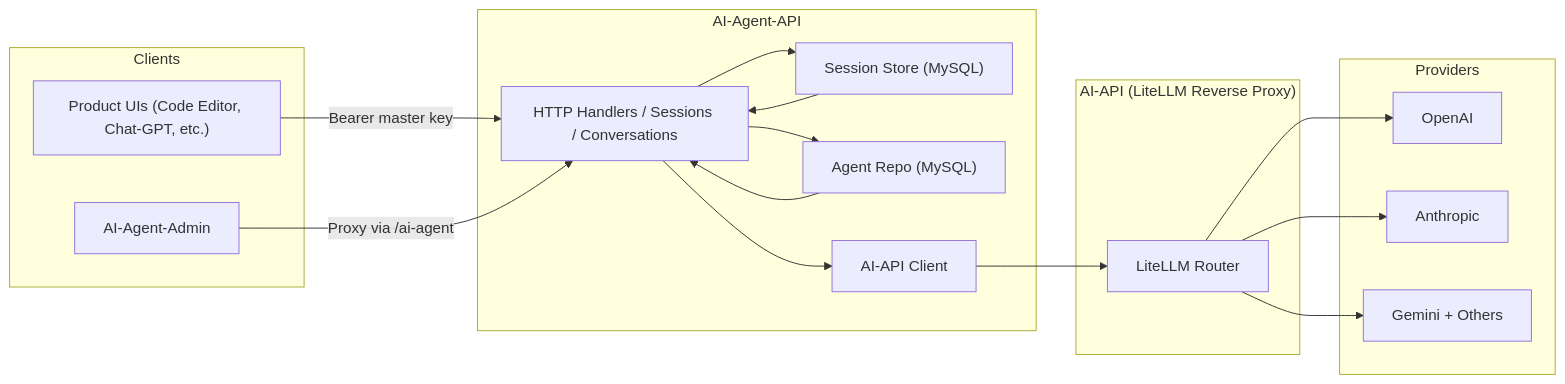
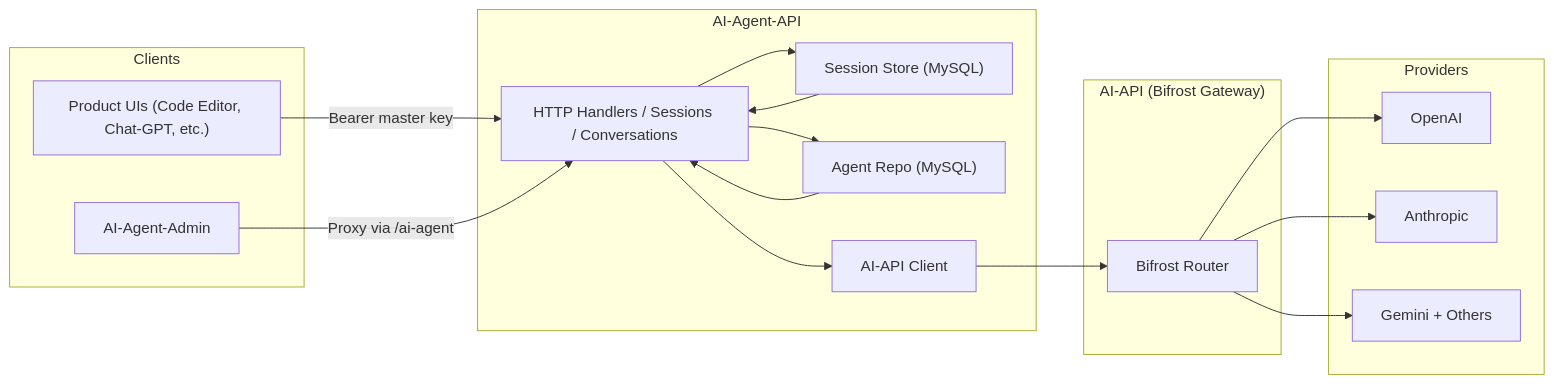
One commit to photodialectic/git-blog changed the diagram in projects/ai-agent-api.md. Above: the diagram before and after it, drawn with Mermaid. The commit also changed other lines of this file and 13 other files, not shown here.

````diff
--- a/projects/ai-agent-api.md
+++ b/projects/ai-agent-api.md
@@ -12,36 +12,36 @@
 ```mermaid
 graph LR
     subgraph Clients
         A["Product UIs (Code Editor, Chat-GPT, etc.)"]
         B["AI-Agent-Admin"]
     end
 
     subgraph AgentAPI["AI-Agent-API"]
         C["HTTP Handlers / Sessions / Conversations"]
         D["Session Store (MySQL)"]
         E["Agent Repo (MySQL)"]
         F["AI-API Client"]
     end
 
-    subgraph AIAPI["AI-API (LiteLLM Reverse Proxy)"]
-        G["LiteLLM Router"]
+    subgraph AIAPI["AI-API (Bifrost Gateway)"]
+        G["Bifrost Router"]
     end
 
     subgraph Providers
         H["OpenAI"]
         I["Anthropic"]
         J["Gemini + Others"]
     end
 
     A -->|Bearer master key| C
     B -->|Proxy via /ai-agent| C
     C --> D
     C --> E
     C --> F
     F --> G
     G --> H
     G --> I
     G --> J
     D --> C
     E --> C
 ```
````
